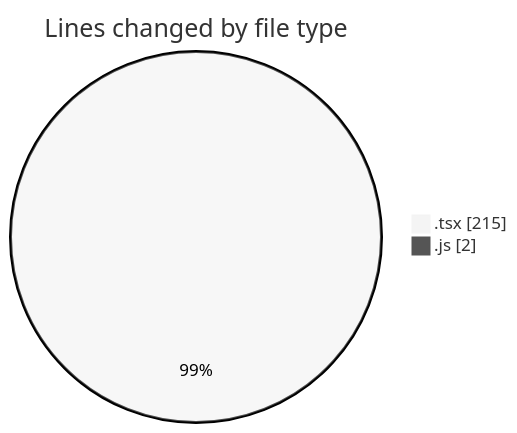
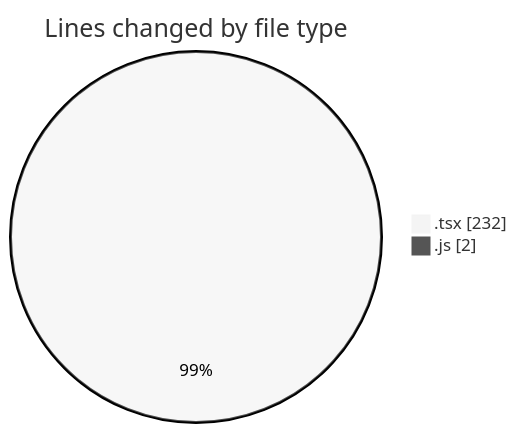
The first of 2 diagrams in 2026-05-15/cda/README.md (momahboobian/code-tracking), drawn with Mermaid (neutral theme) before and after one commit. The commit also changed other lines of this file and 1 other file, not shown here.

````diff
--- a/2026-05-15/cda/README.md
+++ b/2026-05-15/cda/README.md
@@ -24,6 +24,6 @@
 ```mermaid
 pie showData
 title Lines changed by file type
-".tsx" : 215
+".tsx" : 232
 ".js" : 2
 ```
````
